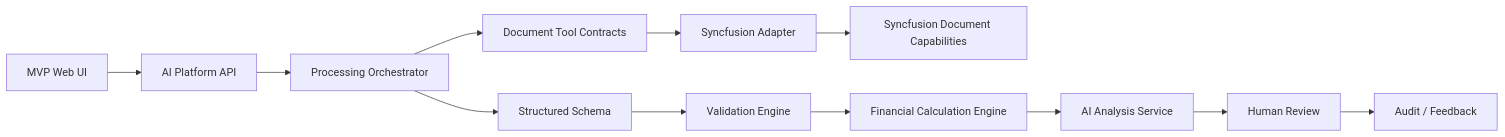
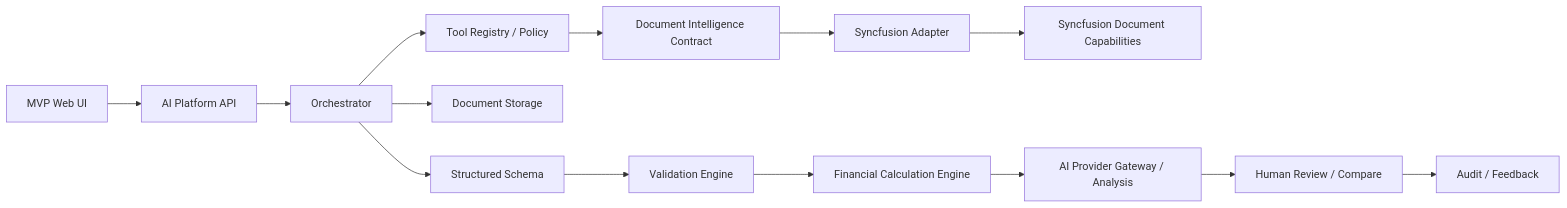
One commit to Milancho/ai-engineering-playbook changed the second of 4 diagrams in docs/planning/MVP-Document-Financial-Intelligence.md. Above: the diagram before and after it, drawn with Mermaid. The commit also changed other lines of this file, not shown here.

Commit message:
docs: refine document financial intelligence MVP components

````diff
--- a/docs/planning/MVP-Document-Financial-Intelligence.md
+++ b/docs/planning/MVP-Document-Financial-Intelligence.md
@@ -50,14 +53,16 @@
 ```mermaid
 flowchart LR
     UI[MVP Web UI] --> API[AI Platform API]
-    API --> ORCH[Processing Orchestrator]
-    ORCH --> DOC[Document Tool Contracts]
+    API --> ORCH[Orchestrator]
+    ORCH --> REG[Tool Registry / Policy]
+    REG --> DOC[Document Intelligence Contract]
     DOC --> SF[Syncfusion Adapter]
     SF --> SFDOC[Syncfusion Document Capabilities]
+    ORCH --> STORE[Document Storage]
     ORCH --> SCHEMA[Structured Schema]
     SCHEMA --> VAL[Validation Engine]
     VAL --> FIN[Financial Calculation Engine]
-    FIN --> AI[AI Analysis Service]
-    AI --> REVIEW[Human Review]
+    FIN --> AI[AI Provider Gateway / Analysis]
+    AI --> REVIEW[Human Review / Compare]
     REVIEW --> AUDIT[Audit / Feedback]
 ```
````
